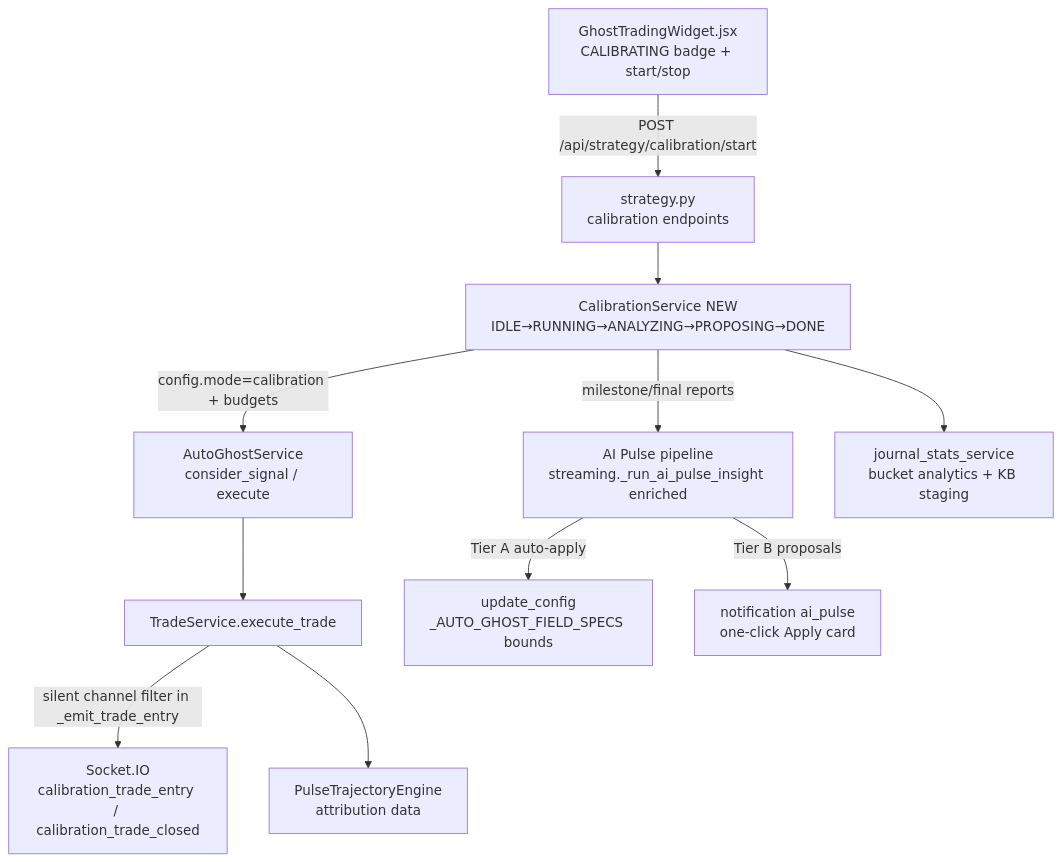
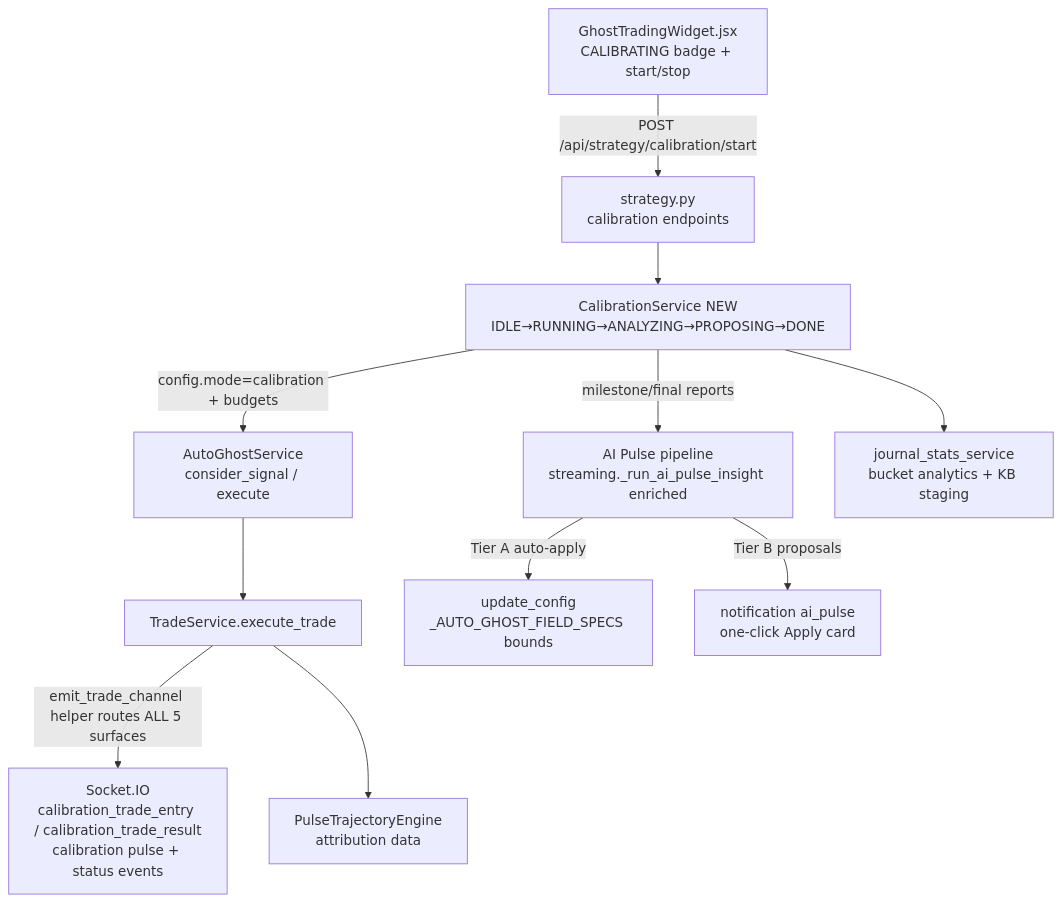
The diagram in Dev_Docs/Auto_Ghost_Calibration_Mode_Plan_26-08-26.md (PHCStanton/OTC_SNIPER_v3), drawn with Mermaid before and after one commit. The commit also changed other lines of this file, not shown here.

Commit message:
Final changes to, befor implementation. Dev_Docs\Auto_Ghost_Calibration_Mode_Plan_26-08-26.md

````diff
--- a/Dev_Docs/Auto_Ghost_Calibration_Mode_Plan_26-08-26.md
+++ b/Dev_Docs/Auto_Ghost_Calibration_Mode_Plan_26-08-26.md
@@ -29,13 +29,13 @@
 ```mermaid
 flowchart TD
     UI[GhostTradingWidget.jsx<br/>CALIBRATING badge + start/stop] -->|POST /api/strategy/calibration/start| API[strategy.py<br/>calibration endpoints]
     API --> CS[CalibrationService NEW<br/>IDLE→RUNNING→ANALYZING→PROPOSING→DONE]
     CS -->|config.mode=calibration + budgets| AG[AutoGhostService<br/>consider_signal / execute]
     AG --> TS[TradeService.execute_trade]
-    TS -->|silent channel filter in _emit_trade_entry| SIO[Socket.IO<br/>calibration_trade_entry / calibration_trade_closed]
+    TS -->|emit_trade_channel helper routes ALL 5 surfaces| SIO[Socket.IO<br/>calibration_trade_entry / calibration_trade_result<br/>calibration pulse + status events]
     TS --> PTE[PulseTrajectoryEngine<br/>attribution data]
     CS -->|milestone/final reports| AI[AI Pulse pipeline<br/>streaming._run_ai_pulse_insight enriched]
     AI -->|Tier A auto-apply| AGCFG[update_config<br/>_AUTO_GHOST_FIELD_SPECS bounds]
     AI -->|Tier B proposals| NOTIF[notification ai_pulse<br/>one-click Apply card]
     CS --> JSS[journal_stats_service<br/>bucket analytics + KB staging]
 ```
````
